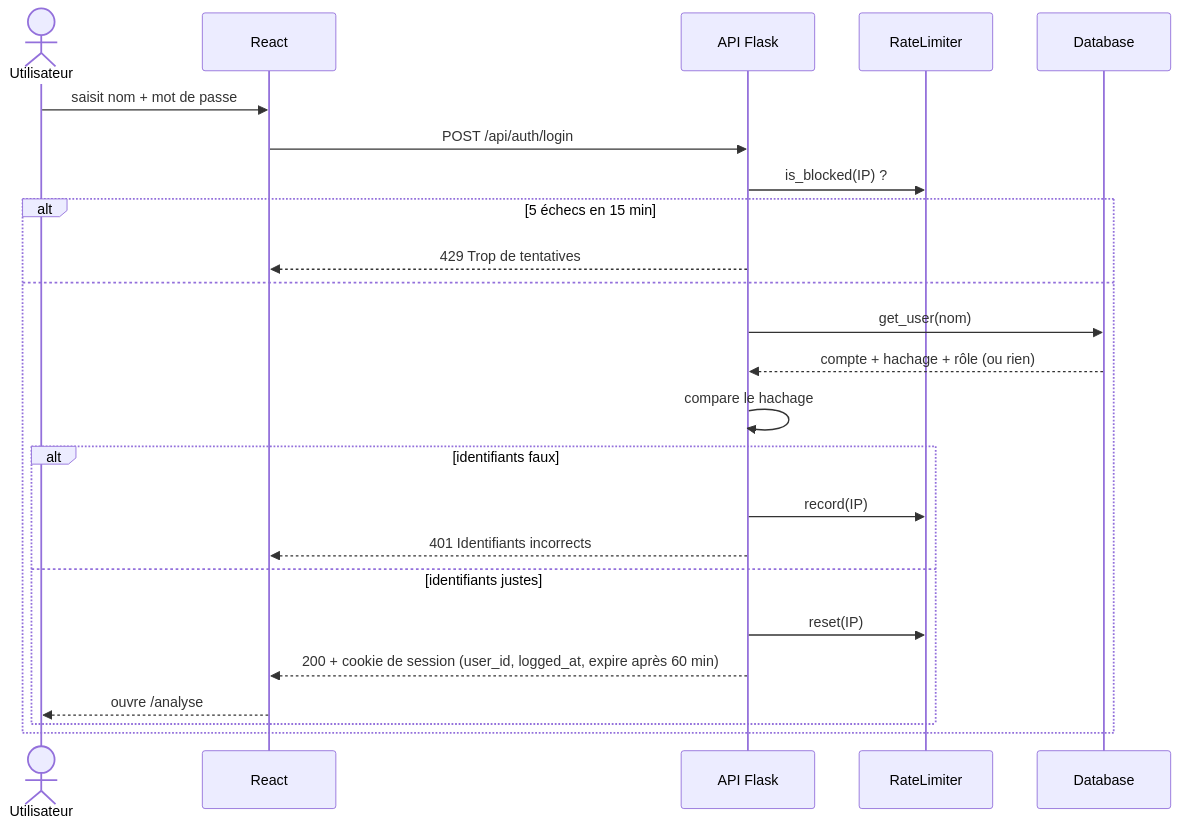
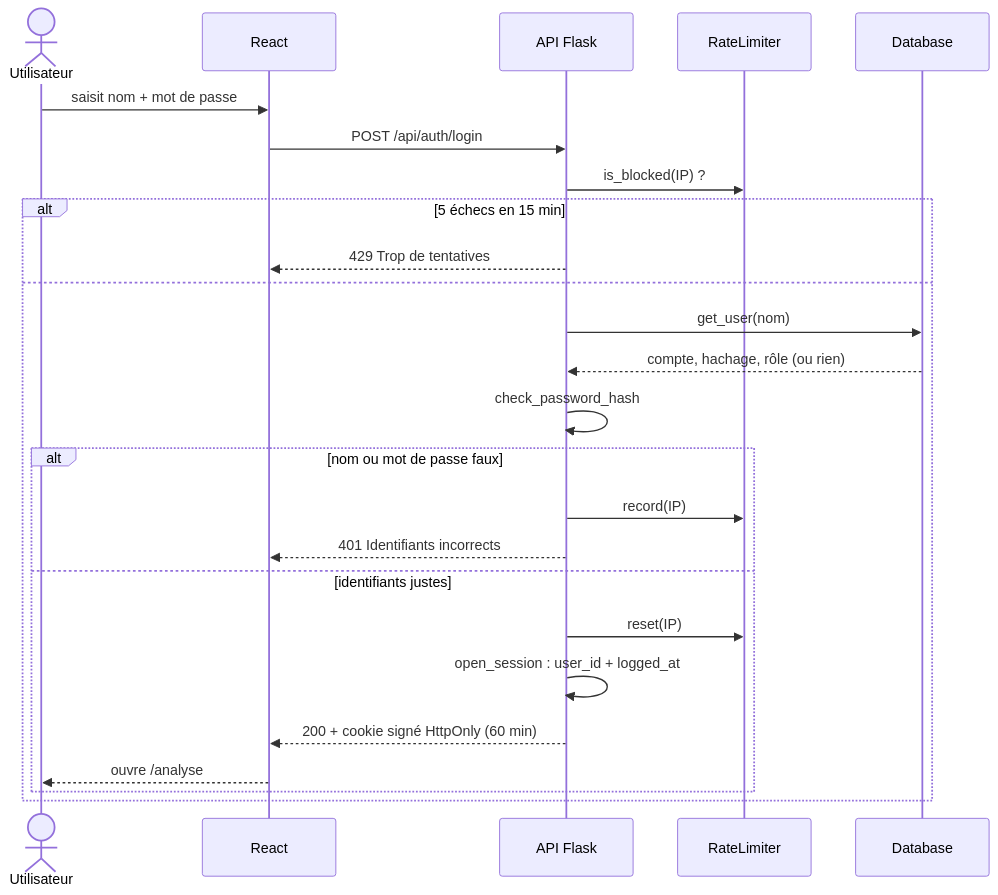
One commit to anil-akr/sentinelssh changed the fifth of 11 diagrams in docs/diagrammes.md. Above: the diagram before and after it, drawn with Mermaid. The commit also changed other lines of this file and 17 other files, not shown here.

Commit message:
docs: refresh README, API reference, diagrams, decisions and test report

````diff
--- a/docs/diagrammes.md
+++ b/docs/diagrammes.md
@@ -163,27 +233,28 @@
 ```mermaid
 sequenceDiagram
     actor U as Utilisateur
     participant R as React
     participant A as API Flask
     participant L as RateLimiter
     participant D as Database
 
     U->>R: saisit nom + mot de passe
     R->>A: POST /api/auth/login
     A->>L: is_blocked(IP) ?
     alt 5 échecs en 15 min
         A-->>R: 429 Trop de tentatives
     else
         A->>D: get_user(nom)
-        D-->>A: compte + hachage + rôle (ou rien)
-        A->>A: compare le hachage
-        alt identifiants faux
+        D-->>A: compte, hachage, rôle (ou rien)
+        A->>A: check_password_hash
+        alt nom ou mot de passe faux
             A->>L: record(IP)
             A-->>R: 401 Identifiants incorrects
         else identifiants justes
             A->>L: reset(IP)
-            A-->>R: 200 + cookie de session (user_id, logged_at, expire après 60 min)
+            A->>A: open_session : user_id + logged_at
+            A-->>R: 200 + cookie signé HttpOnly (60 min)
             R-->>U: ouvre /analyse
         end
     end
 ```
````
